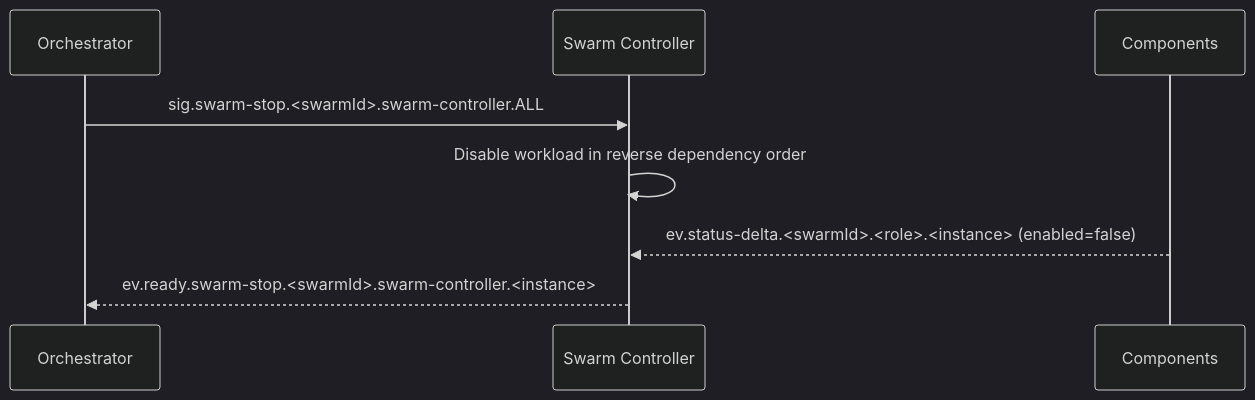
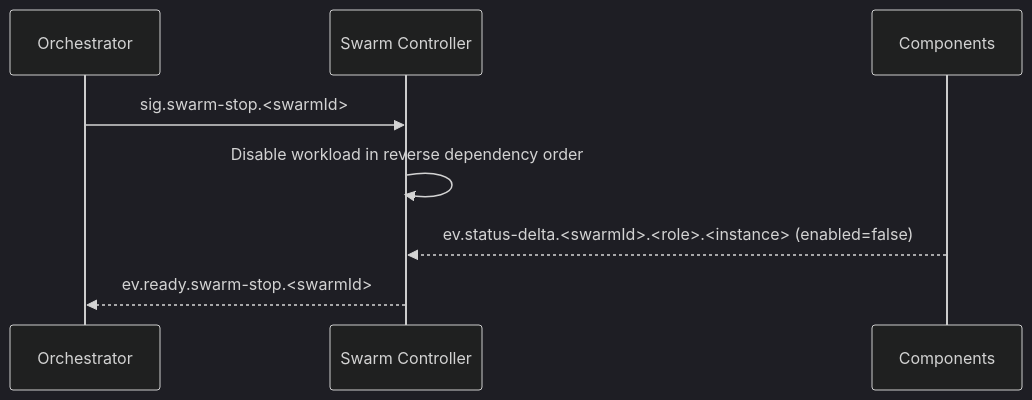
One commit to sepa79/PocketHive changed the sixth of 8 diagrams in docs/ARCHITECTURE.md. Above: the diagram before and after it, drawn with Mermaid (dark theme). The commit also changed other lines of this file, not shown here.

Commit message:
docs: align architecture with control-plane contract

````diff
--- a/docs/ARCHITECTURE.md
+++ b/docs/ARCHITECTURE.md
@@ -225,11 +226,11 @@
 ```mermaid
 sequenceDiagram
   participant QN as Orchestrator
   participant MSH as Swarm Controller
   participant CMP as Components
 
-  QN->>MSH: sig.swarm-stop.<swarmId>.swarm-controller.ALL
+  QN->>MSH: sig.swarm-stop.<swarmId>
   MSH->>MSH: Disable workload in reverse dependency order
   CMP-->>MSH: ev.status-delta.<swarmId>.<role>.<instance> (enabled=false)
-  MSH-->>QN: ev.ready.swarm-stop.<swarmId>.swarm-controller.<instance>
+  MSH-->>QN: ev.ready.swarm-stop.<swarmId>
 ```
````
